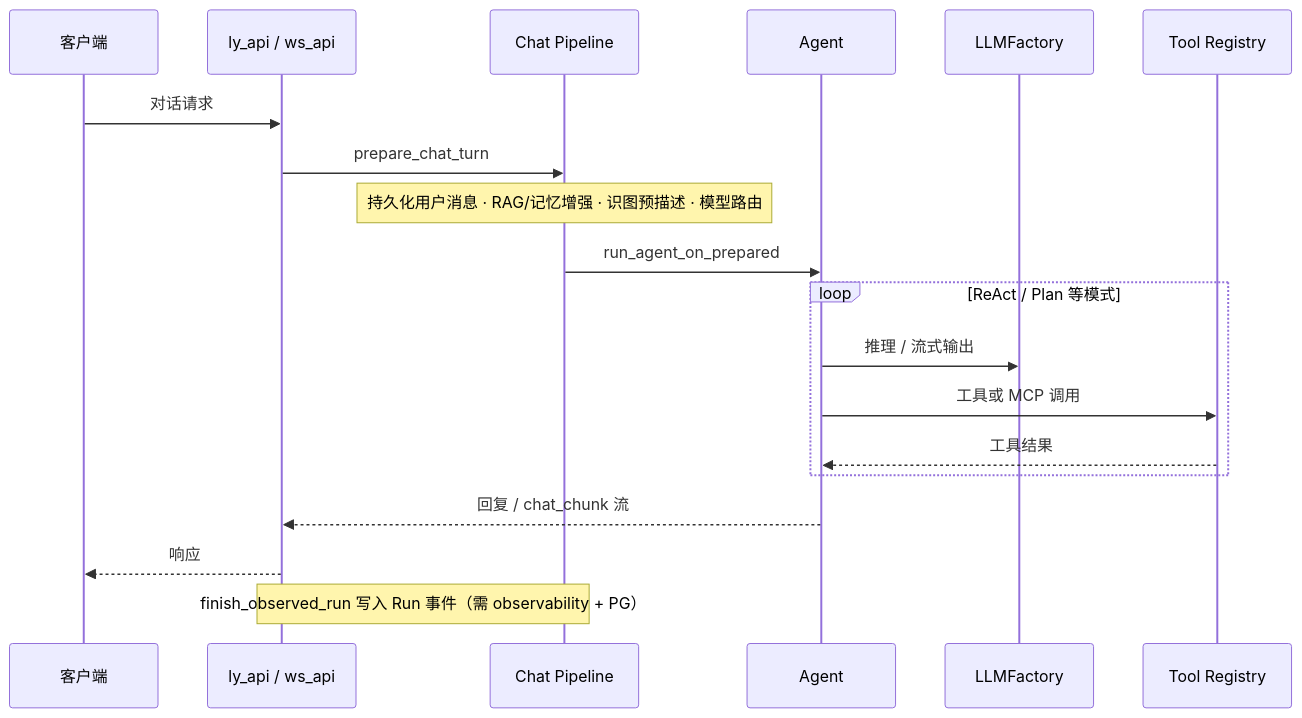
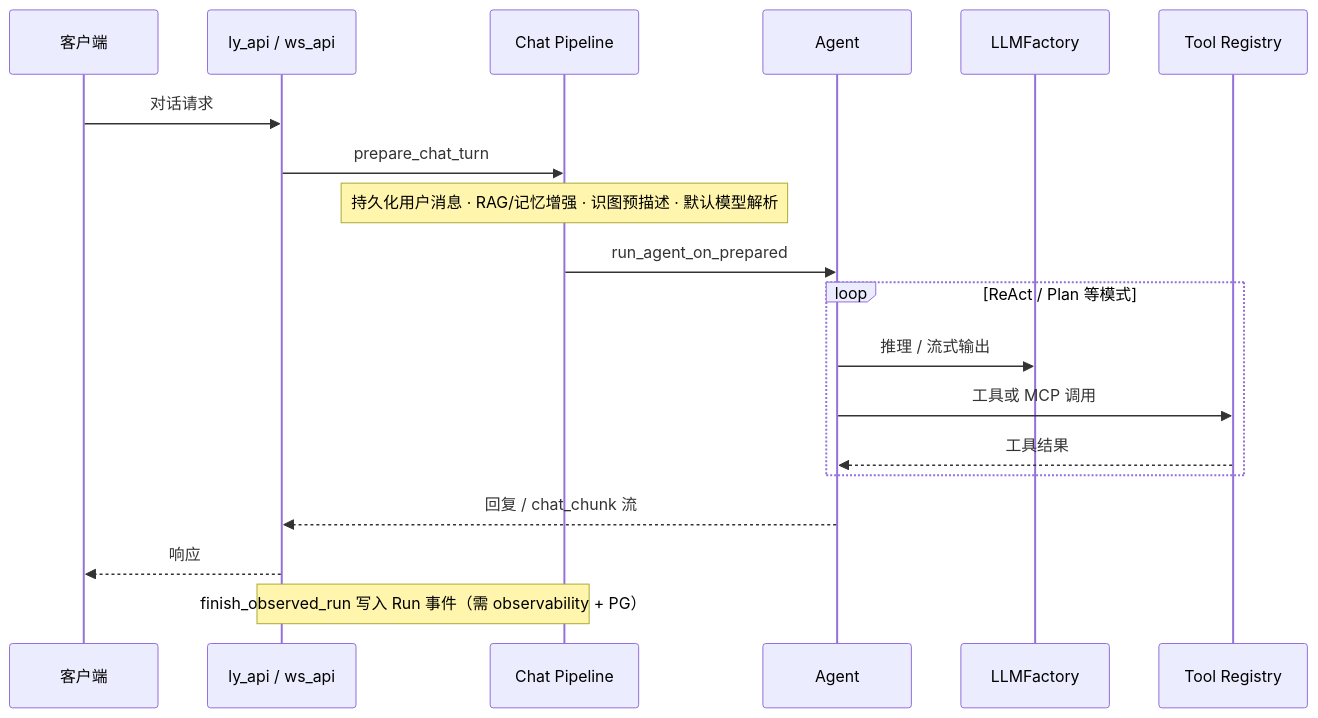
The second of 2 diagrams in README.md (liuyingjiang-wei/LY-NEXT), drawn with Mermaid before and after one commit. The commit also changed other lines of this file and 176 other files, not shown here.

````diff
--- a/README.md
+++ b/README.md
@@ -185,22 +185,22 @@
 ```mermaid
 sequenceDiagram
   participant C as 客户端
   participant API as ly_api / ws_api
   participant P as Chat Pipeline
   participant A as Agent
   participant L as LLMFactory
   participant T as Tool Registry
 
   C->>API: 对话请求
   API->>P: prepare_chat_turn
-  Note over P: 持久化用户消息 · RAG/记忆增强 · 识图预描述 · 模型路由
+  Note over P: 持久化用户消息 · RAG/记忆增强 · 识图预描述 · 默认模型解析
   P->>A: run_agent_on_prepared
   loop ReAct / Plan 等模式
     A->>L: 推理 / 流式输出
     A->>T: 工具或 MCP 调用
     T-->>A: 工具结果
   end
   A-->>API: 回复 / chat_chunk 流
   API-->>C: 响应
   Note over API,P: finish_observed_run 写入 Run 事件（需 observability + PG）
 ```
````
